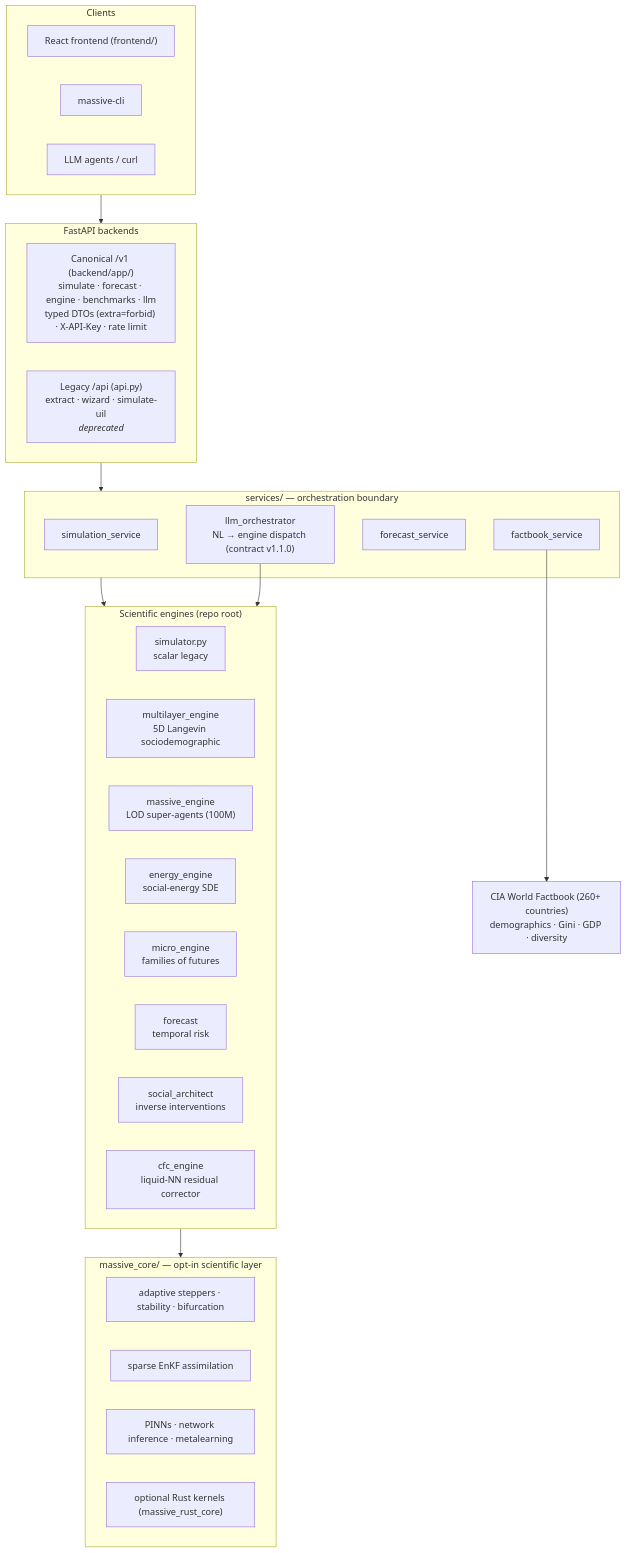
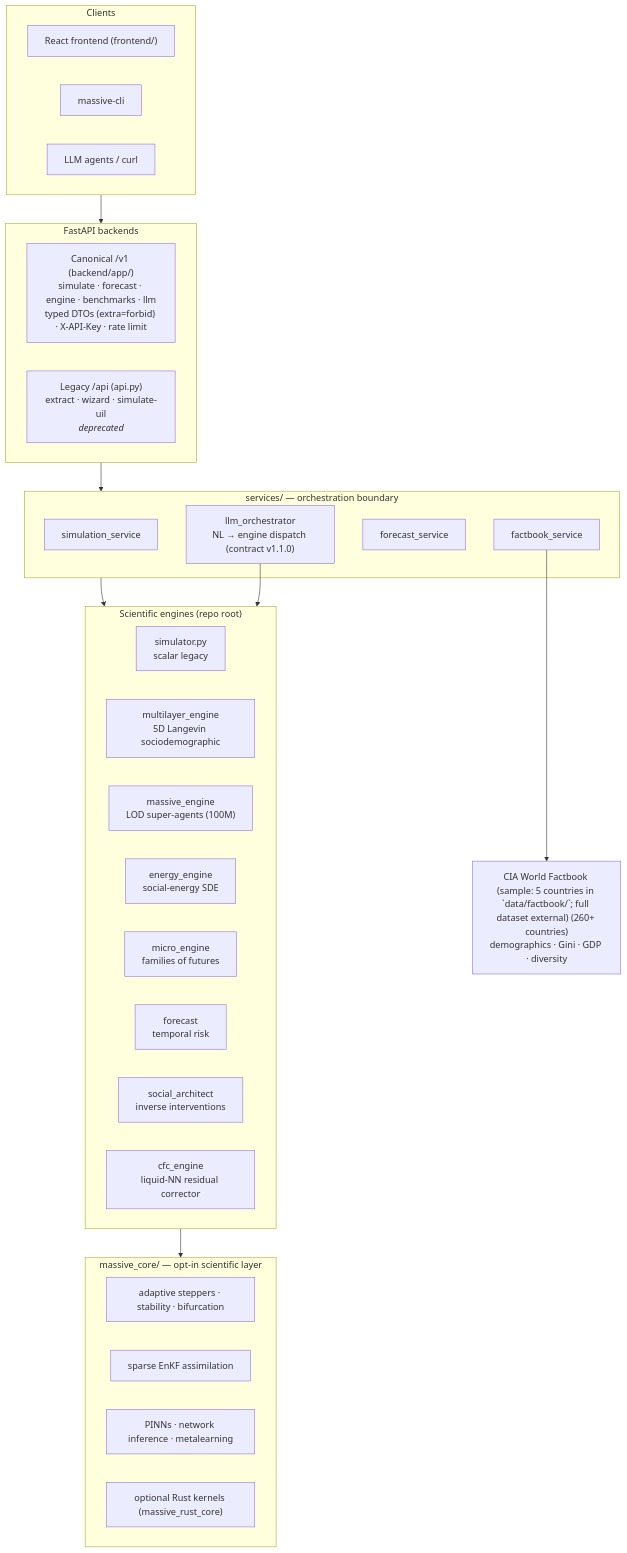
Before and after one commit to Adlgr87/MASSIVE: the diagram in README.md, drawn with Mermaid. The commit also changed other lines of this file, not shown here.

````diff
--- a/README.md
+++ b/README.md
@@ -103,45 +103,45 @@
 ```mermaid
 flowchart TB
     subgraph Clients
         FE["React frontend (frontend/)"]
         CLI["massive-cli"]
         AG["LLM agents / curl"]
     end
 
     subgraph API["FastAPI backends"]
         V1["Canonical /v1 (backend/app/)<br/>simulate · forecast · engine · benchmarks · llm<br/>typed DTOs (extra=forbid) · X-API-Key · rate limit"]
         LEG["Legacy /api (api.py)<br/>extract · wizard · simulate-uil<br/><em>deprecated</em>"]
     end
 
     subgraph Services["services/ — orchestration boundary"]
         ORCH["llm_orchestrator<br/>NL → engine dispatch (contract v1.1.0)"]
         SIM["simulation_service"]
         FOR["forecast_service"]
         FB["factbook_service"]
     end
 
     subgraph Engines["Scientific engines (repo root)"]
         direction LR
         E1["simulator.py<br/>scalar legacy"]
         E2["multilayer_engine<br/>5D Langevin sociodemographic"]
         E3["massive_engine<br/>LOD super-agents (100M)"]
         E4["energy_engine<br/>social-energy SDE"]
         E5["micro_engine<br/>families of futures"]
         E6["forecast<br/>temporal risk"]
         E7["social_architect<br/>inverse interventions"]
         E8["cfc_engine<br/>liquid-NN residual corrector"]
     end
 
     subgraph Core["massive_core/ — opt-in scientific layer"]
         C1["adaptive steppers · stability · bifurcation"]
         C2["sparse EnKF assimilation"]
         C3["PINNs · network inference · metalearning"]
         C4["optional Rust kernels (massive_rust_core)"]
     end
 
-    DATA["CIA World Factbook (260+ countries)<br/>demographics · Gini · GDP · diversity"]
+    DATA["CIA World Factbook (sample: 5 countries in `data/factbook/`; full dataset external) (260+ countries)<br/>demographics · Gini · GDP · diversity"]
 
     Clients --> API --> Services --> Engines --> Core
     FB --> DATA
     ORCH --> Engines
 ```
````
